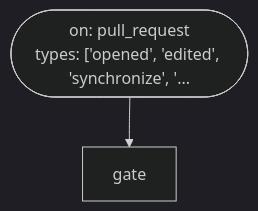
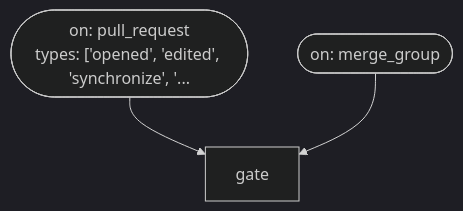
Before and after one commit to tvna/claude-md: the diagram in docs/generated/workflows/verify-ruleset-sync-if-branches.md, drawn with Mermaid (dark theme). The commit also changed 9 other files, not shown here.

````diff
--- a/docs/generated/workflows/verify-ruleset-sync-if-branches.md
+++ b/docs/generated/workflows/verify-ruleset-sync-if-branches.md
@@ -5,9 +5,11 @@
 ```mermaid
 flowchart TD
 
     T_pull_request(["on: pull_request\ntypes: ['opened', 'edited', 'synchronize', '..."])
+    T_merge_group(["on: merge_group"])
 
     J_gate["gate"]
 
     T_pull_request --> J_gate
+    T_merge_group --> J_gate
 ```
````
